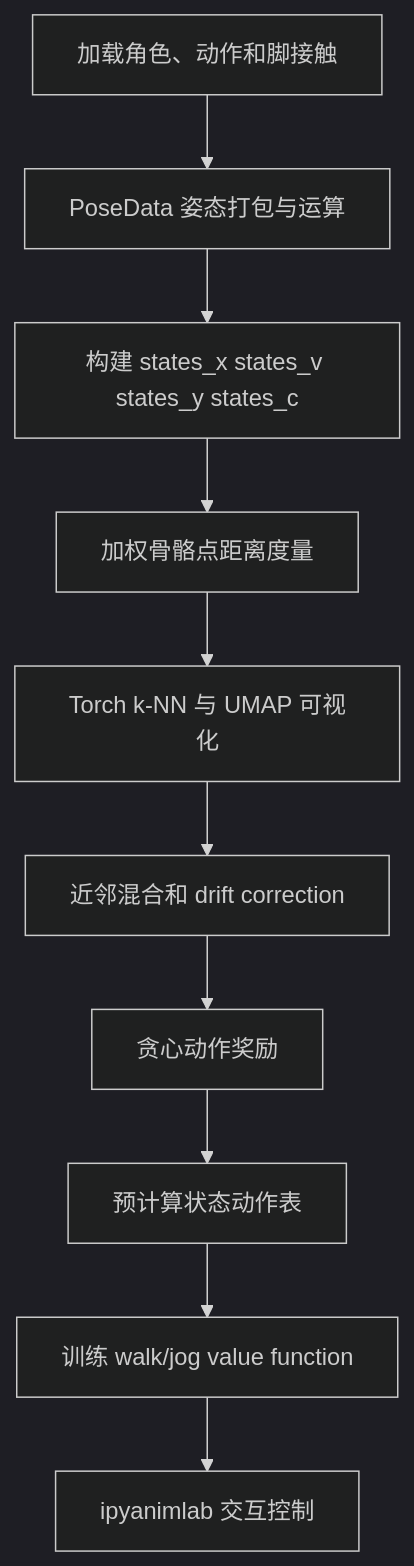
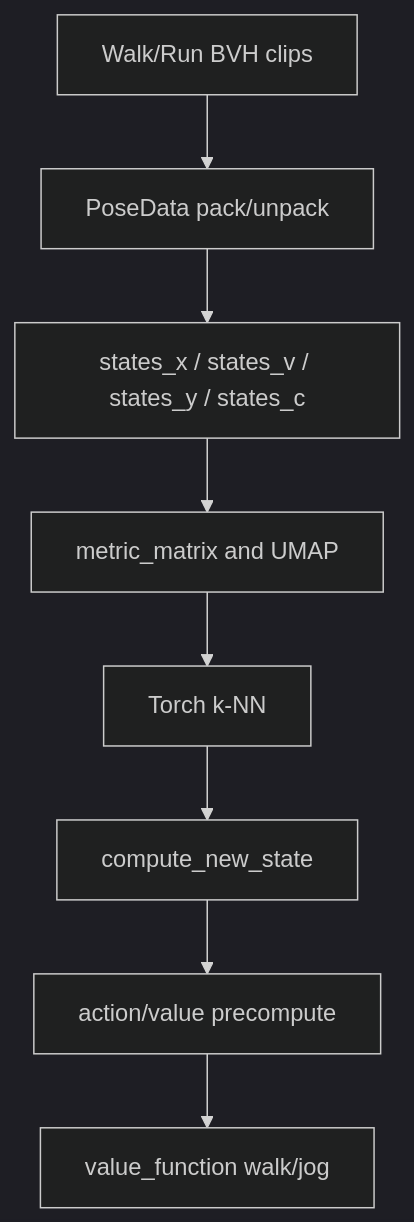
One commit to EvihGraphics/AnimationTech-HTC changed the first of 5 diagrams in docs/blog/AnimationPapers/motion_fields_for_interactive_character_animation/README.md. Above: the diagram before and after it, drawn with Mermaid (dark theme). The commit also changed other lines of this file and 319 other files, not shown here.

````diff
--- a/docs/blog/AnimationPapers/motion_fields_for_interactive_character_animation/README.md
+++ b/docs/blog/AnimationPapers/motion_fields_for_interactive_character_animation/README.md
@@ -21,12 +27,10 @@
 ```mermaid
 flowchart TD
-    A[加载角色、动作和脚接触] --> B[PoseData 姿态打包与运算]
-    B --> C[构建 states_x states_v states_y states_c]
-    C --> D[加权骨骼点距离度量]
-    D --> E[Torch k-NN 与 UMAP 可视化]
-    E --> F[近邻混合和 drift correction]
-    F --> G[贪心动作奖励]
-    G --> H[预计算状态动作表]
-    H --> I[训练 walk/jog value function]
-    I --> J[ipyanimlab 交互控制]
+    A[Walk/Run BVH clips] --> B[PoseData pack/unpack]
+    B --> C[states_x / states_v / states_y / states_c]
+    C --> D[metric_matrix and UMAP]
+    D --> E[Torch k-NN]
+    E --> F[compute_new_state]
+    F --> G[action/value precompute]
+    G --> H[value_function walk/jog]
 ```
````
